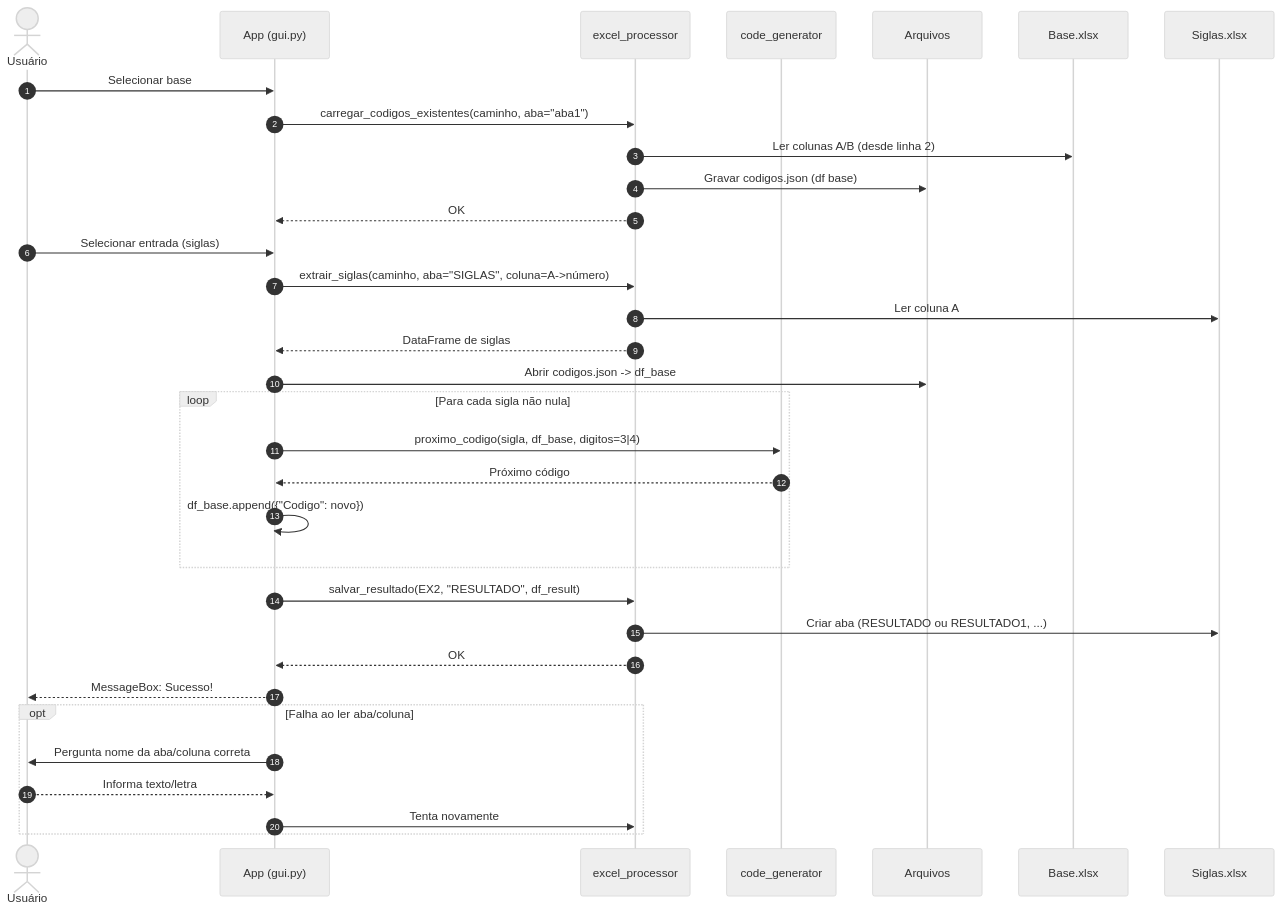
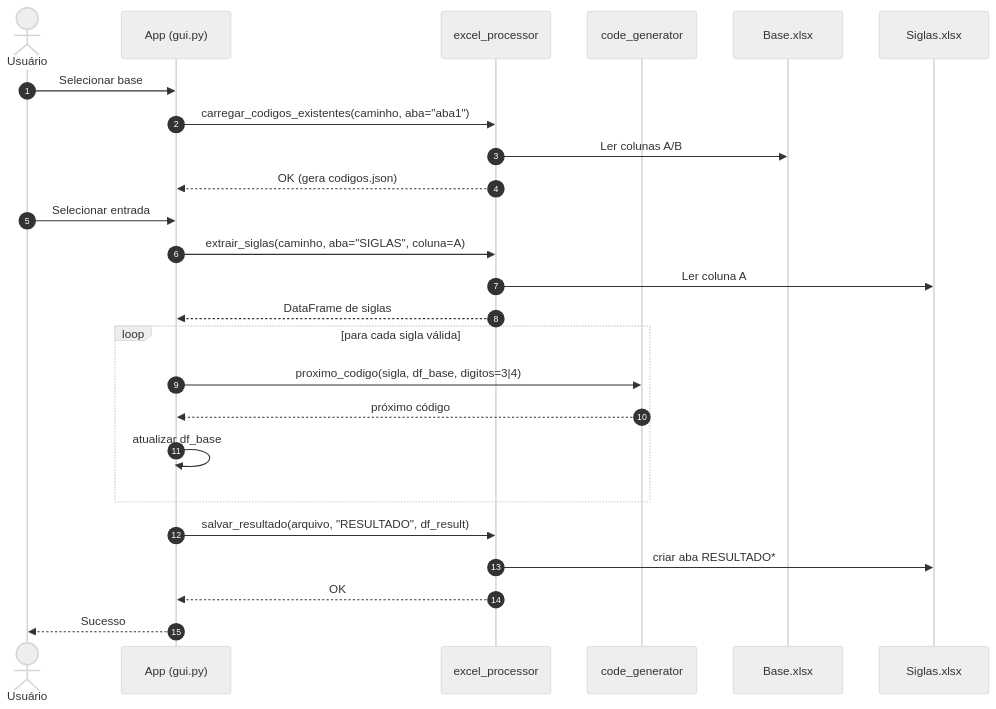
Before and after one commit to GuimaraesL/GERADOR_DE_CODIGOS: the second of 3 diagrams in README.md, drawn with Mermaid (neutral theme). The commit also changed other lines of this file and 3 other files, not shown here.

````diff
--- a/README.md
+++ b/README.md
@@ -198,40 +159,31 @@
 ```mermaid
 sequenceDiagram
     autonumber
     actor U as Usuário
     participant GUI as App (gui.py)
     participant EP as excel_processor
     participant CG as code_generator
-    participant FS as Arquivos
     participant EX1 as Base.xlsx
     participant EX2 as Siglas.xlsx
 
     U->>GUI: Selecionar base
     GUI->>EP: carregar_codigos_existentes(caminho, aba="aba1")
-    EP->>EX1: Ler colunas A/B (desde linha 2)
-    EP->>FS: Gravar codigos.json (df base)
-    EP-->>GUI: OK
+    EP->>EX1: Ler colunas A/B
+    EP-->>GUI: OK (gera codigos.json)
 
-    U->>GUI: Selecionar entrada (siglas)
-    GUI->>EP: extrair_siglas(caminho, aba="SIGLAS", coluna=A->número)
+    U->>GUI: Selecionar entrada
+    GUI->>EP: extrair_siglas(caminho, aba="SIGLAS", coluna=A)
     EP->>EX2: Ler coluna A
     EP-->>GUI: DataFrame de siglas
 
-    GUI->>FS: Abrir codigos.json -> df_base
-    loop Para cada sigla não nula
+    loop para cada sigla válida
         GUI->>CG: proximo_codigo(sigla, df_base, digitos=3|4)
-        CG-->>GUI: Próximo código
-        GUI->>GUI: df_base.append({"Codigo": novo})
+        CG-->>GUI: próximo código
+        GUI->>GUI: atualizar df_base
     end
 
-    GUI->>EP: salvar_resultado(EX2, "RESULTADO", df_result)
-    EP->>EX2: Criar aba (RESULTADO ou RESULTADO1, ...)
+    GUI->>EP: salvar_resultado(arquivo, "RESULTADO", df_result)
+    EP->>EX2: criar aba RESULTADO*
     EP-->>GUI: OK
-    GUI-->>U: MessageBox: Sucesso!
-
-    opt Falha ao ler aba/coluna
-        GUI->>U: Pergunta nome da aba/coluna correta
-        U-->>GUI: Informa texto/letra
-        GUI->>EP: Tenta novamente
-    end
+    GUI-->>U: Sucesso
 ```
````
